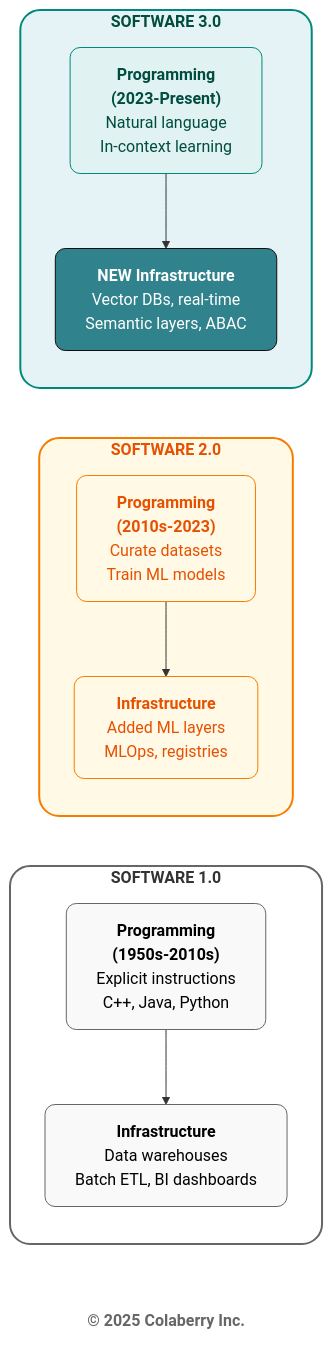
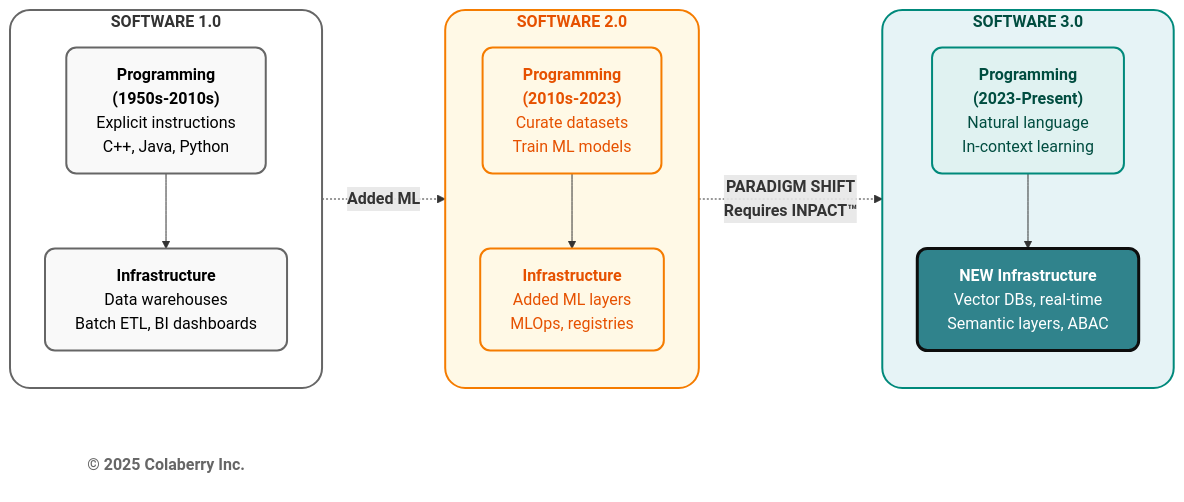
One commit to saitejesh-cyber/trust-before-intelligence-book changed the second of 4 diagrams in manuscript/04_chapter_3_from_bi_to_agent.md. Above: the diagram before and after it, drawn with Mermaid.

Commit message:
Chapter4: Updated mermaid diagrams based on new colaberry color code

````diff
--- a/manuscript/04_chapter_3_from_bi_to_agent.md
+++ b/manuscript/04_chapter_3_from_bi_to_agent.md
@@ -138,43 +138,46 @@
 ```mermaid
 graph LR
     subgraph era1["<b>SOFTWARE 1.0</b>"]
         direction TB
         P1["<b>Programming</b><br/><b>(1950s-2010s)</b><br/>Explicit instructions<br/>C++, Java, Python"]
         I1["<b>Infrastructure</b><br/>Data warehouses<br/>Batch ETL, BI dashboards"]
         P1 --> I1
     end
     
     subgraph era2["<b>SOFTWARE 2.0</b>"]
         direction TB
         P2["<b>Programming</b><br/><b>(2010s-2023)</b><br/>Curate datasets<br/>Train ML models"]
         I2["<b>Infrastructure</b><br/>Added ML layers<br/>MLOps, registries"]
         P2 --> I2
     end
     
     subgraph era3["<b>SOFTWARE 3.0</b>"]
         direction TB
         P3["<b>Programming</b><br/><b>(2023-Present)</b><br/>Natural language<br/>In-context learning"]
         I3["<b>NEW Infrastructure</b><br/>Vector DBs, real-time<br/>Semantic layers, ABAC"]
         P3 --> I3
     end
     
+    era1 -.->|<b>Added ML</b>| era2
+    era2 -.->|<b>PARADIGM SHIFT<br/>Requires INPACT™</b>| era3
+    
     Copyright["<b>© 2025 Colaberry Inc.</b>"]
     
     %% ⚪ SOFTWARE 1.0 — NEUTRAL (Human-era, BI assumptions)
     style era1 fill:#ffffff,stroke:#666666,stroke-width:2px,rx:20,ry:20
-    style P1 fill:#f9f9f9,stroke:#666666,stroke-width:1px,color:#000000,rx:10,ry:10
-    style I1 fill:#f9f9f9,stroke:#666666,stroke-width:1px,color:#000000,rx:10,ry:10
+    style P1 fill:#f9f9f9,stroke:#666666,stroke-width:2px,color:#000000,rx:10,ry:10
+    style I1 fill:#f9f9f9,stroke:#666666,stroke-width:2px,color:#000000,rx:10,ry:10
     
     %% 🟠 SOFTWARE 2.0 — INTERMEDIATE (ML added, not agent-ready)
     style era2 fill:#fff9e6,stroke:#f57c00,stroke-width:2px,color:#e65100,rx:20,ry:20
-    style P2 fill:#fff9e6,stroke:#f57c00,stroke-width:1px,color:#e65100,rx:10,ry:10
-    style I2 fill:#fff9e6,stroke:#f57c00,stroke-width:1px,color:#e65100,rx:10,ry:10
+    style P2 fill:#fff9e6,stroke:#f57c00,stroke-width:2px,color:#e65100,rx:10,ry:10
+    style I2 fill:#fff9e6,stroke:#f57c00,stroke-width:2px,color:#e65100,rx:10,ry:10
     
     %% 🟢 SOFTWARE 3.0 — TRUSTED OUTCOME (Agent-native)
     style era3 fill:#e6f3f6,stroke:#00897b,stroke-width:2px,color:#004d40,rx:20,ry:20
-    style P3 fill:#e0f2f1,stroke:#00897b,stroke-width:1px,color:#004d40,rx:10,ry:10
-    style I3 fill:#30838C,stroke:#0D0D0D,stroke-width:1px,color:#ffffff,rx:10,ry:10
+    style P3 fill:#e0f2f1,stroke:#00897b,stroke-width:2px,color:#004d40,rx:10,ry:10
+    style I3 fill:#30838C,stroke:#0D0D0D,stroke-width:3px,color:#ffffff,rx:10,ry:10
     
     %% FOOTER
     style Copyright fill:none,stroke:none,color:#666666
 ```
````
